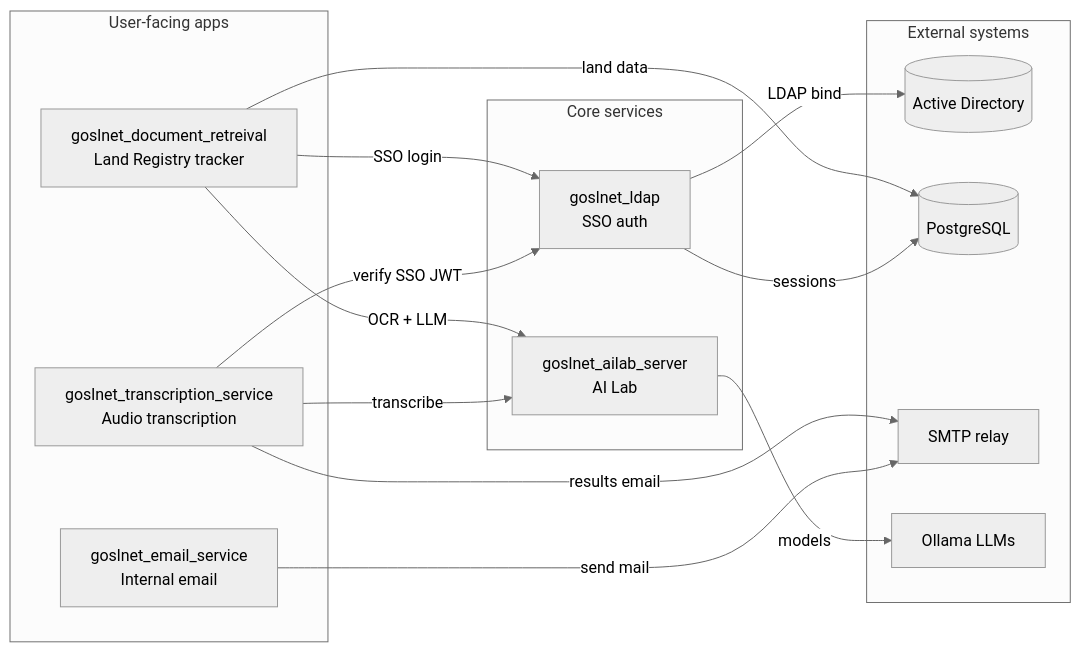
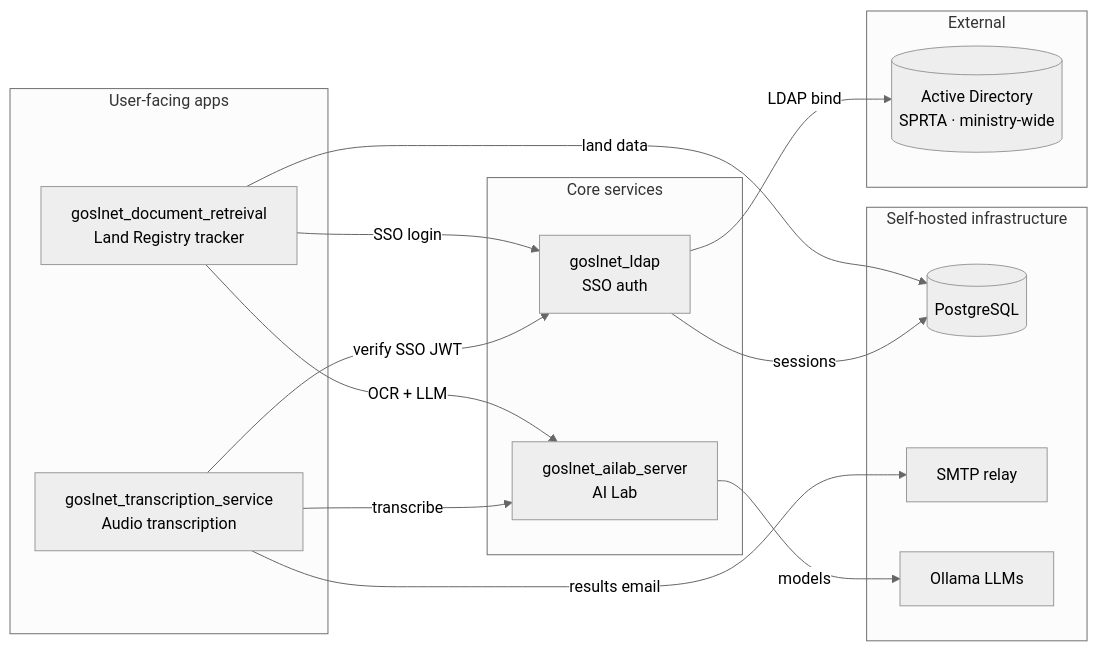
The first of 2 diagrams in profile/README.md (GOSL-IT/.github), drawn with Mermaid (neutral theme) before and after one commit. The commit also changed other lines of this file, not shown here.

````diff
--- a/profile/README.md
+++ b/profile/README.md
@@ -21,31 +21,32 @@
 ```mermaid
 flowchart LR
     subgraph apps["User-facing apps"]
         DOC["goslnet_document_retreival<br>Land Registry tracker"]
         TRANS["goslnet_transcription_service<br>Audio transcription"]
-        EMAIL["goslnet_email_service<br>Internal email"]
     end
 
     subgraph core["Core services"]
         LDAP["goslnet_ldap<br>SSO auth"]
         AILAB["goslnet_ailab_server<br>AI Lab"]
     end
 
-    subgraph ext["External systems"]
-        AD[("Active Directory")]
+    subgraph infra["Self-hosted infrastructure"]
         PG[("PostgreSQL")]
         SMTP["SMTP relay"]
         LLM["Ollama LLMs"]
+    end
+
+    subgraph ext["External"]
+        AD[("Active Directory<br>SPRTA · ministry-wide")]
     end
 
     DOC -->|SSO login| LDAP
     DOC -->|OCR + LLM| AILAB
     DOC -->|land data| PG
     TRANS -->|verify SSO JWT| LDAP
     TRANS -->|transcribe| AILAB
     TRANS -->|results email| SMTP
-    EMAIL -->|send mail| SMTP
     LDAP -->|LDAP bind| AD
     LDAP -->|sessions| PG
     AILAB -->|models| LLM
 ```
````
